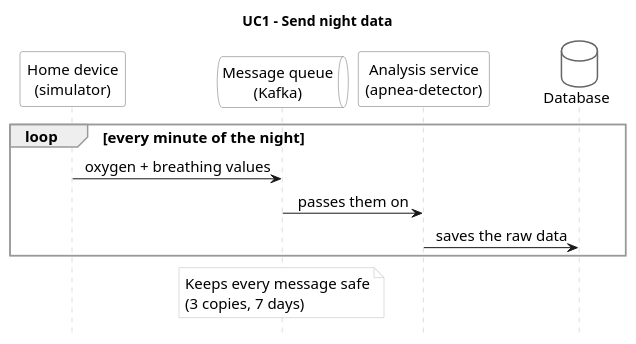
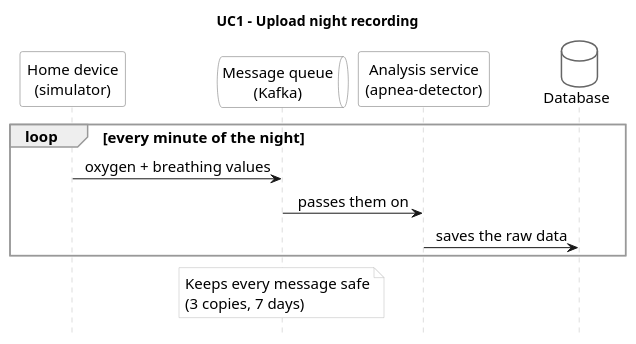
The diagram in diagrams/sequences/10.11_A_UC1-send-night-data_v1.puml (BarbaraKlimekTomatova/ACC1ILV-cloud-and-AI-infrastructure-for-sleep-apnea-detection-), drawn with PlantUML before and after one commit. The commit also changed 12 other files, not shown here.

Commit message:
diagrams: sequence diagrams match the use case diagram

```diff
--- a/diagrams/sequences/10.11_A_UC1-send-night-data_v1.puml
+++ b/diagrams/sequences/10.11_A_UC1-send-night-data_v1.puml
@@ -1,41 +1,41 @@
 @startuml UC1
 skinparam shadowing false
 skinparam defaultFontName Arial
 skinparam defaultFontSize 15
 skinparam sequenceMessageAlign center
 skinparam sequence {
   LifeLineBorderColor #BBBBBB
   ParticipantBorderColor #666666
   ParticipantBackgroundColor #FFFFFF
   ActorBorderColor #666666
   ActorBackgroundColor #FFFFFF
   GroupBorderColor #999999
 }
 skinparam database {
   BorderColor #666666
   BackgroundColor #FFFFFF
 }
 skinparam queue {
   BorderColor #666666
   BackgroundColor #FFFFFF
 }
 skinparam note {
   BorderColor #BBBBBB
   BackgroundColor #FFFFFF
 }
 hide footbox
-title UC1 – Send night data
+title UC1 – Upload night recording
 
 participant "Home device\n(simulator)" as SIM
 queue "Message queue\n(Kafka)" as K
 participant "Analysis service\n(apnea-detector)" as DET
 database "Database" as DB
 
 loop every minute of the night
   SIM -> K : oxygen + breathing values
   K -> DET : passes them on
   DET -> DB : saves the raw data
 end
 
 note over K : Keeps every message safe\n(3 copies, 7 days)
 @enduml
```
